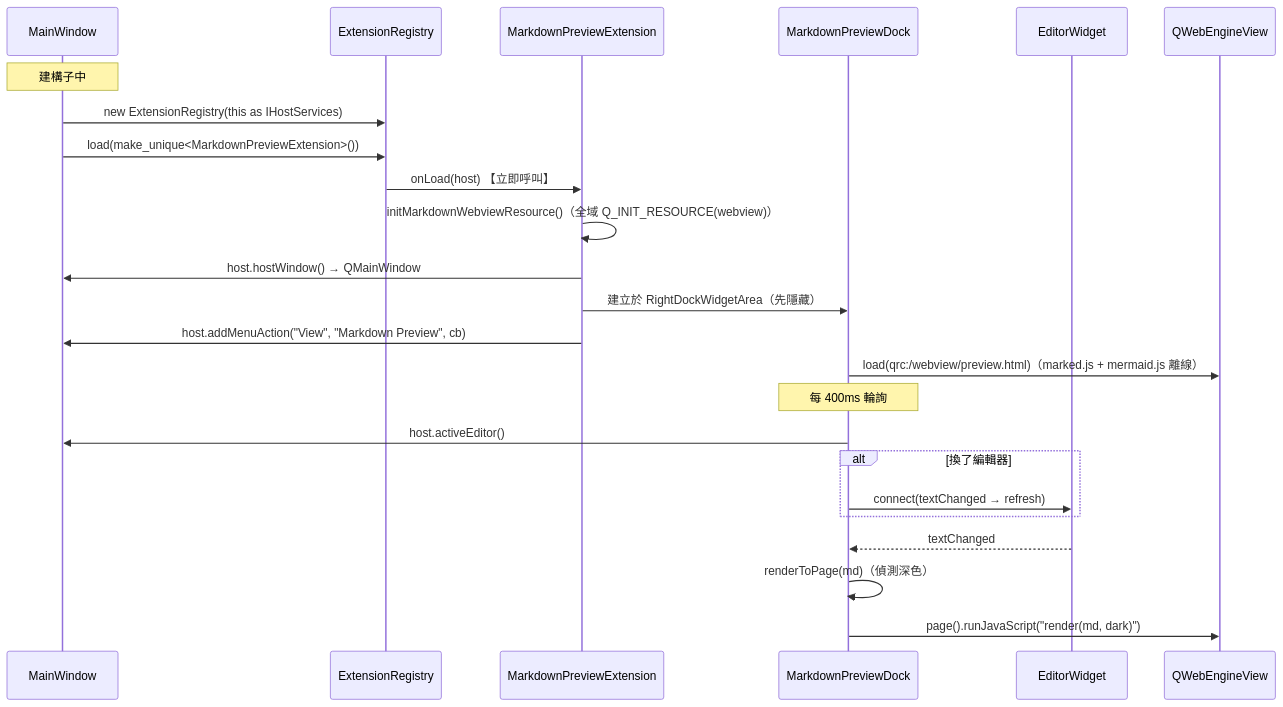
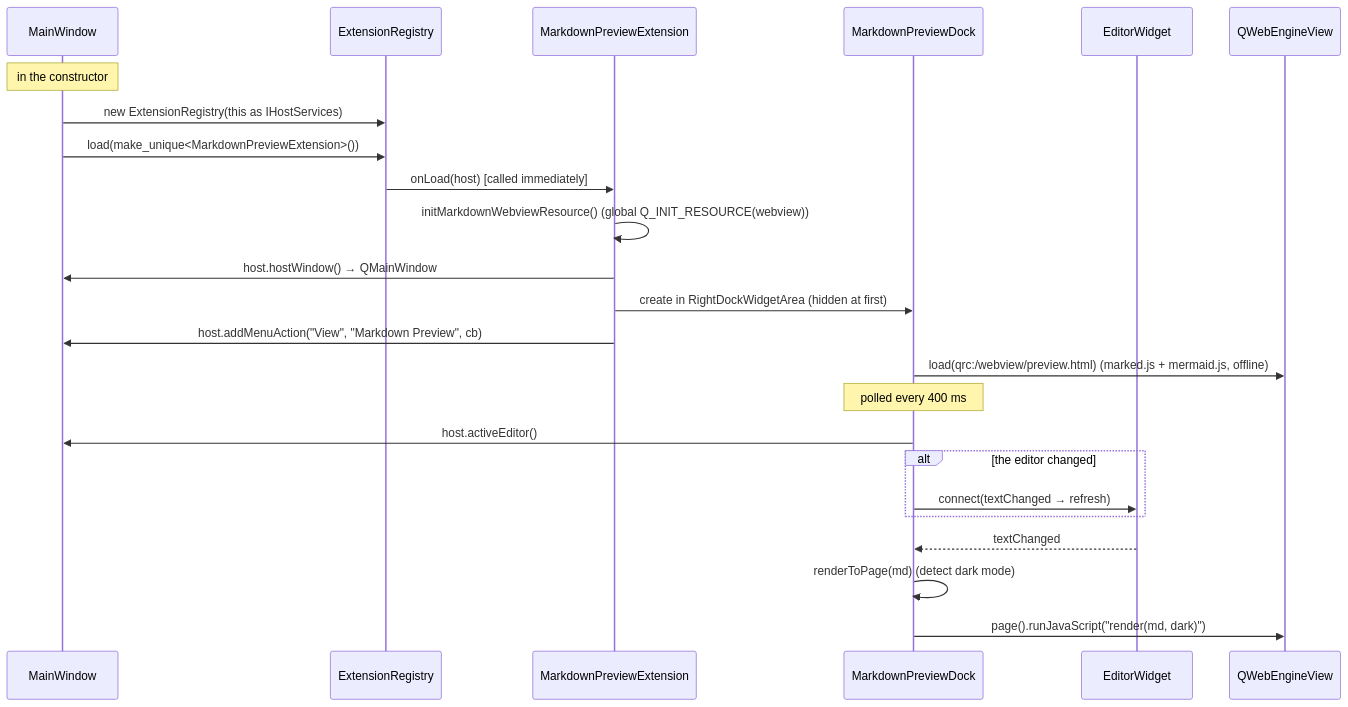
One commit to EddyKuo/macpadpp changed diagram 15 of 23 in docs/design.md. Above: the diagram before and after it, drawn with Mermaid. The commit also changed other lines of this file and 24 other files, not shown here.

````diff
--- a/docs/design.md
+++ b/docs/design.md
@@ -757,28 +785,28 @@
 ```mermaid
 sequenceDiagram
     participant MW as MainWindow
     participant Reg as ExtensionRegistry
     participant Ext as MarkdownPreviewExtension
     participant Dock as MarkdownPreviewDock
     participant EW as EditorWidget
     participant Web as QWebEngineView
 
-    Note over MW: 建構子中
+    Note over MW: in the constructor
     MW->>Reg: new ExtensionRegistry(this as IHostServices)
     MW->>Reg: load(make_unique<MarkdownPreviewExtension>())
-    Reg->>Ext: onLoad(host)  【立即呼叫】
-    Ext->>Ext: initMarkdownWebviewResource()（全域 Q_INIT_RESOURCE(webview)）
+    Reg->>Ext: onLoad(host)  [called immediately]
+    Ext->>Ext: initMarkdownWebviewResource() (global Q_INIT_RESOURCE(webview))
     Ext->>MW: host.hostWindow() → QMainWindow
-    Ext->>Dock: 建立於 RightDockWidgetArea（先隱藏）
+    Ext->>Dock: create in RightDockWidgetArea (hidden at first)
     Ext->>MW: host.addMenuAction("View", "Markdown Preview", cb)
-    Dock->>Web: load(qrc:/webview/preview.html)（marked.js + mermaid.js 離線）
+    Dock->>Web: load(qrc:/webview/preview.html) (marked.js + mermaid.js, offline)
 
-    Note over Dock: 每 400ms 輪詢
+    Note over Dock: polled every 400 ms
     Dock->>MW: host.activeEditor()
-    alt 換了編輯器
+    alt the editor changed
         Dock->>EW: connect(textChanged → refresh)
     end
     EW-->>Dock: textChanged
-    Dock->>Dock: renderToPage(md)（偵測深色）
+    Dock->>Dock: renderToPage(md) (detect dark mode)
     Dock->>Web: page().runJavaScript("render(md, dark)")
 ```
````
